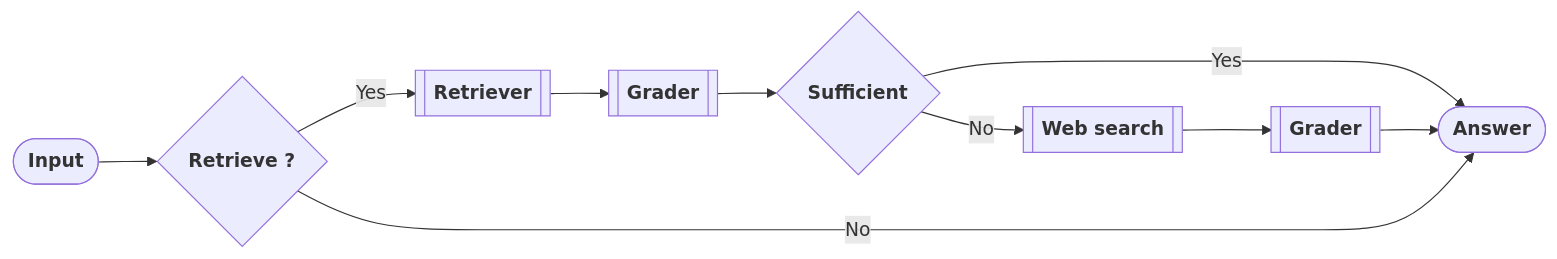
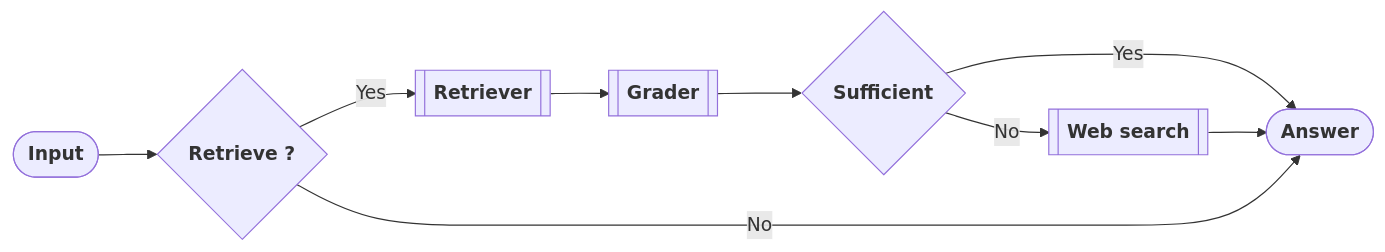
The diagram in README.md (Phan-The-Manh/crag-agent-app), drawn with Mermaid before and after one commit.

````diff
--- a/README.md
+++ b/README.md
@@ -12,23 +12,21 @@
 ```mermaid
 graph LR
     %% Node Definitions
     I([<b>Input</b>])
     R{<b>Retrieve ?</b>}
     RET[[<b>Retriever</b>]]
     G1[[<b>Grader</b>]]
     S{<b>Sufficient</b>}
     WS[[<b>Web search</b>]]
-    G2[[<b>Grader</b>]]
     A([<b>Answer</b>])
 
     %% Flow
     I --> R
     R -- Yes --> RET
     RET --> G1
     G1 --> S
     S -- Yes --> A
     S -- No --> WS
-    WS --> G2
-    G2 --> A
+    WS --> A
     R -- No --> A
 ```
````
